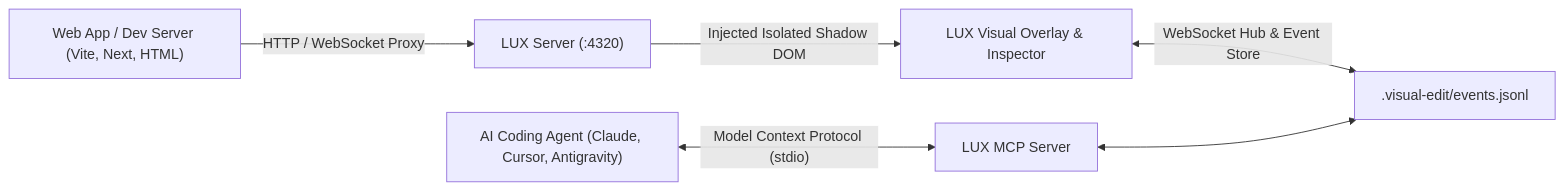
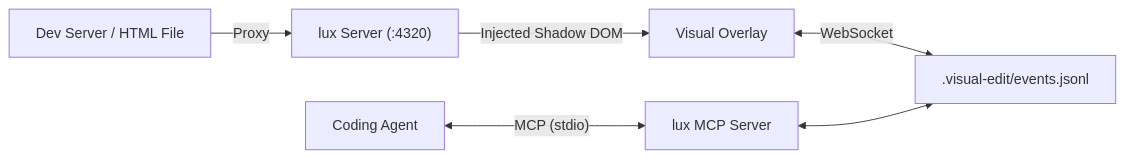
One commit to David-Sat/lux-edit changed the diagram in README.md. Above: the diagram before and after it, drawn with Mermaid. The commit also changed other lines of this file and 3 other files, not shown here.

````diff
--- a/README.md
+++ b/README.md
@@ -112,8 +100,8 @@
 ```mermaid
 flowchart LR
-  DevServer["Web App / Dev Server (Vite, Next, HTML)"] -->|"HTTP / WebSocket Proxy"| LuxProxy["LUX Server (:4320)"]
-  LuxProxy -->|"Injected Isolated Shadow DOM"| BrowserOverlay["LUX Visual Overlay & Inspector"]
-  BrowserOverlay <-->|"WebSocket Hub & Event Store"| LocalStore[".visual-edit/events.jsonl"]
-  AgentClient["AI Coding Agent (Claude, Cursor, Antigravity)"] <-->|"Model Context Protocol (stdio)"| LuxMCP["LUX MCP Server"]
-  LuxMCP <--> LocalStore
+  App["Dev Server / HTML File"] -->|"Proxy"| Proxy["lux Server (:4320)"]
+  Proxy -->|"Injected Shadow DOM"| Overlay["Visual Overlay"]
+  Overlay <-->|"WebSocket"| Store[".visual-edit/events.jsonl"]
+  Agent["Coding Agent"] <-->|"MCP (stdio)"| MCP["lux MCP Server"]
+  MCP <--> Store
 ```
````
